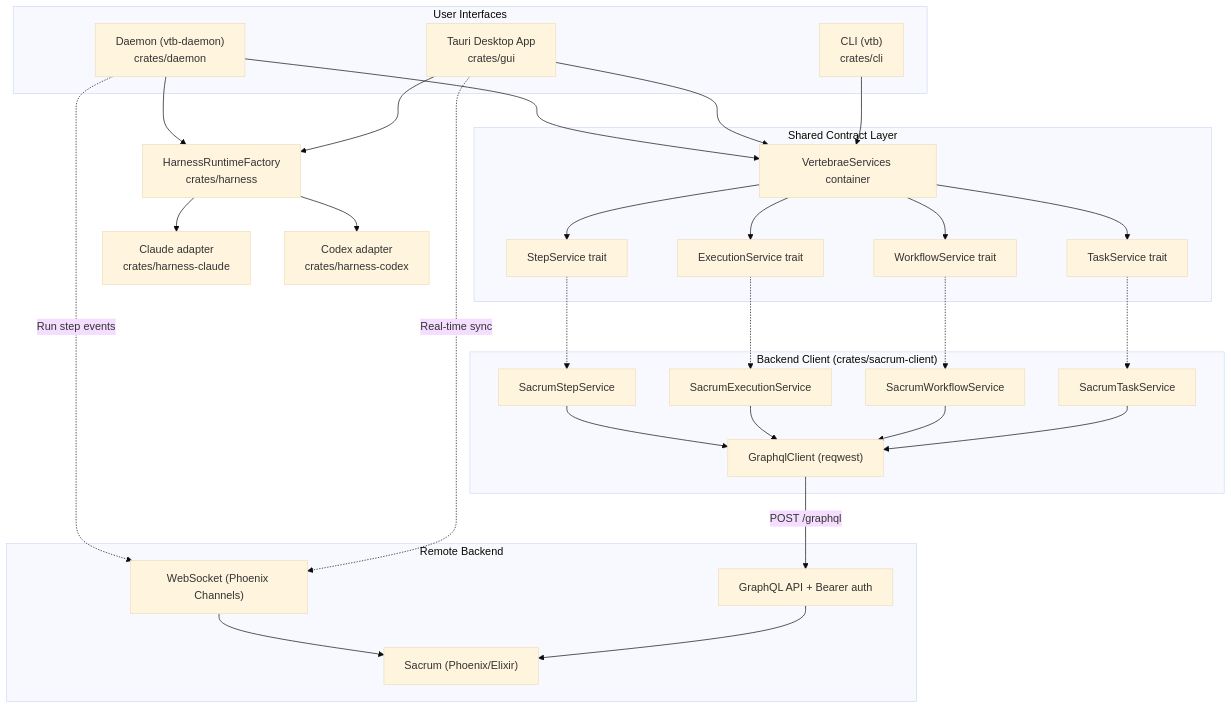
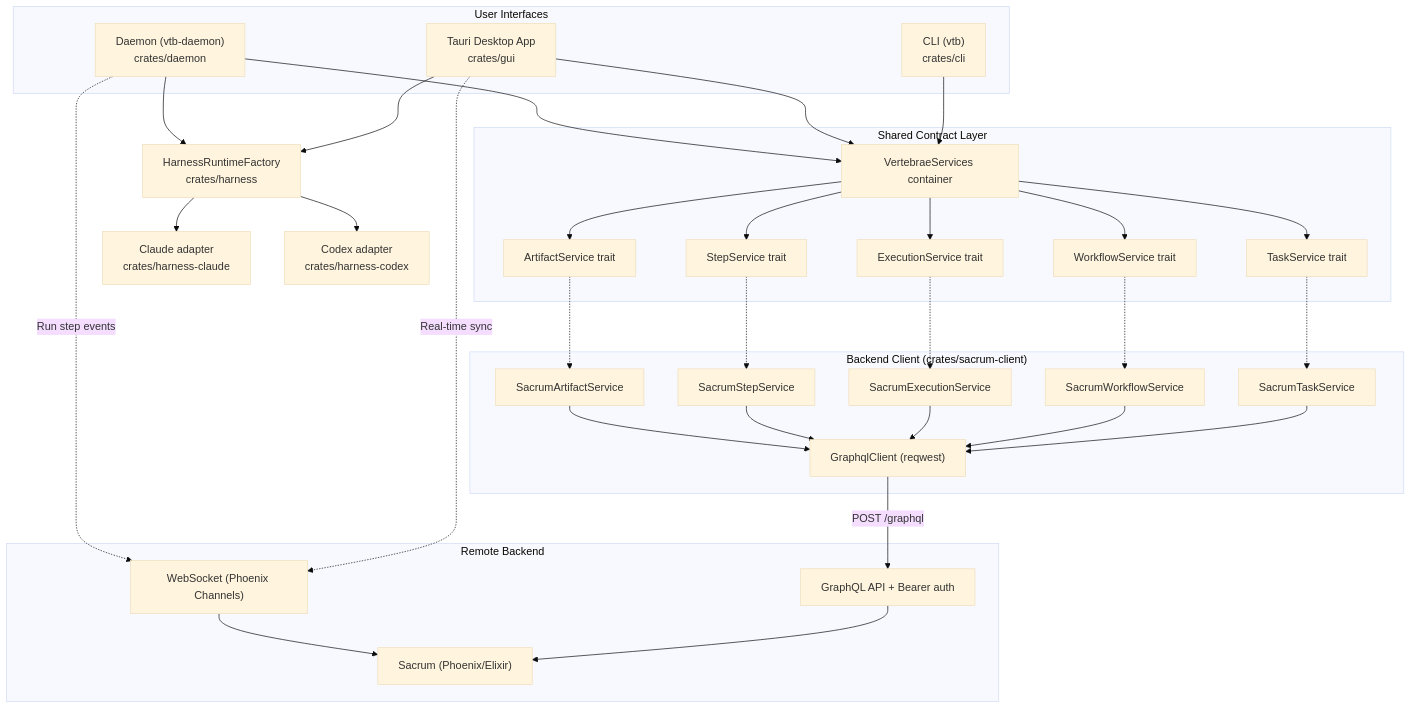
One commit to CamonZ/vertebrae changed the diagram in docs/architecture.md. Above: the diagram before and after it, drawn with Mermaid (base theme). The commit also changed other lines of this file and 1 other file, not shown here.

First line of the commit message:
[b1f3c6e8] Register ArtifactService in VertebraeServices

````diff
--- a/docs/architecture.md
+++ b/docs/architecture.md
@@ -22,54 +22,57 @@
 ```mermaid
 flowchart TB
     subgraph "User Interfaces"
         CLI["CLI (vtb)<br/>crates/cli"]
         GUI["Tauri Desktop App<br/>crates/gui"]
         Daemon["Daemon (vtb-daemon)<br/>crates/daemon"]
     end
 
     subgraph "Shared Contract Layer"
         TS["TaskService trait"]
         WS["WorkflowService trait"]
         ES["ExecutionService trait"]
         SS["StepService trait"]
+        AS["ArtifactService trait"]
         VSvc["VertebraeServices container"]
     end
 
     Factory["HarnessRuntimeFactory<br/>crates/harness"]
     Claude["Claude adapter<br/>crates/harness-claude"]
     Codex["Codex adapter<br/>crates/harness-codex"]
 
     subgraph "Backend Client (crates/sacrum-client)"
         SC["GraphqlClient (reqwest)"]
         STS["SacrumTaskService"]
         SWS["SacrumWorkflowService"]
         SES["SacrumExecutionService"]
         SSS["SacrumStepService"]
+        SAS["SacrumArtifactService"]
     end
 
     subgraph "Remote Backend"
         Sacrum["Sacrum (Phoenix/Elixir)"]
         GQL["GraphQL API + Bearer auth"]
         WS2["WebSocket (Phoenix Channels)"]
     end
 
     CLI --> VSvc
     GUI --> VSvc
     Daemon --> VSvc
     GUI --> Factory
     Daemon --> Factory
     Factory --> Claude & Codex
 
-    VSvc --> TS & WS & ES & SS
+    VSvc --> TS & WS & ES & SS & AS
     TS -.-> STS
     WS -.-> SWS
     ES -.-> SES
     SS -.-> SSS
+    AS -.-> SAS
 
-    STS & SWS & SES & SSS --> SC
+    STS & SWS & SES & SSS & SAS --> SC
     SC -->|POST /graphql| GQL --> Sacrum
 
     GUI -.->|Real-time sync| WS2
     Daemon -.->|Run step events| WS2
     WS2 --> Sacrum
 ```
````
